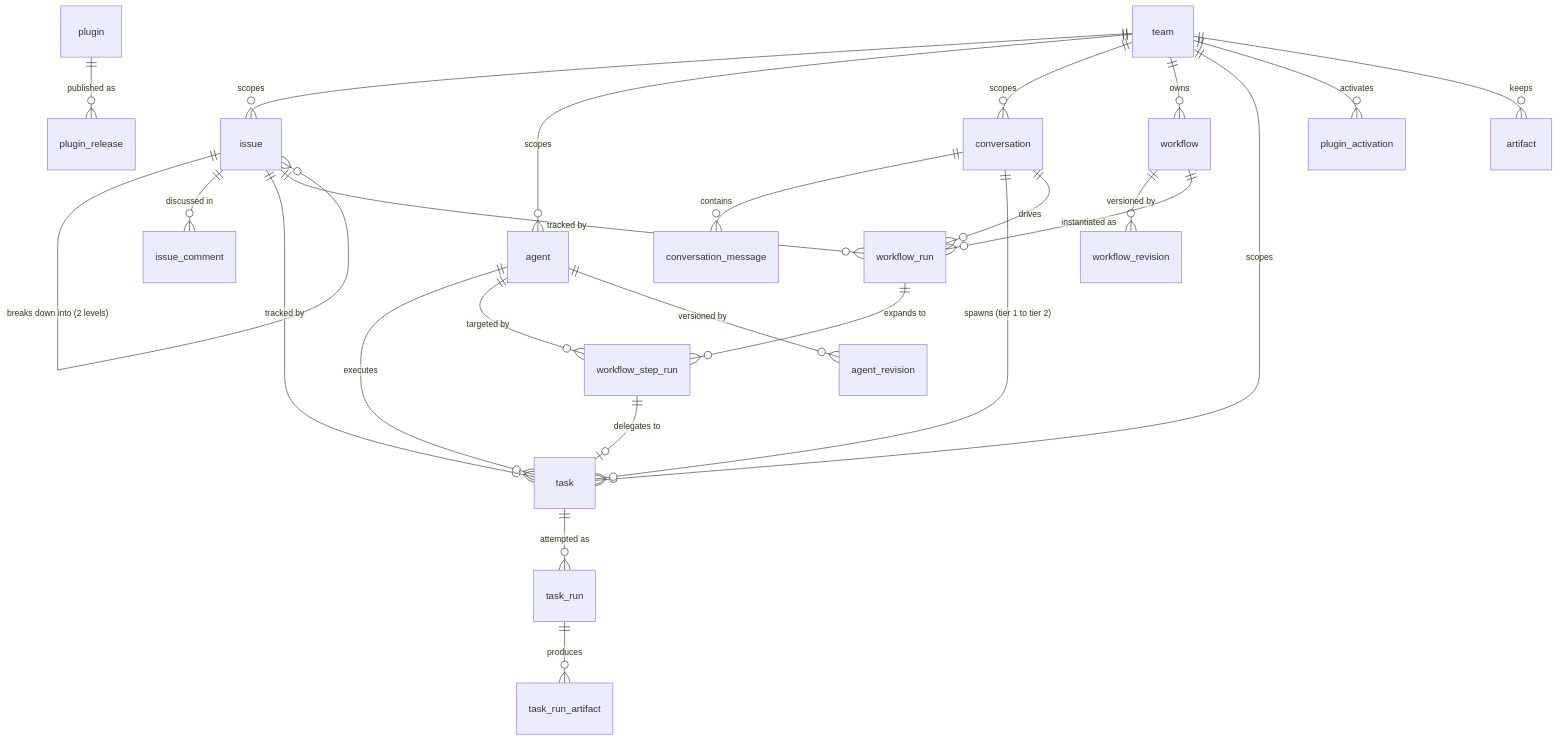
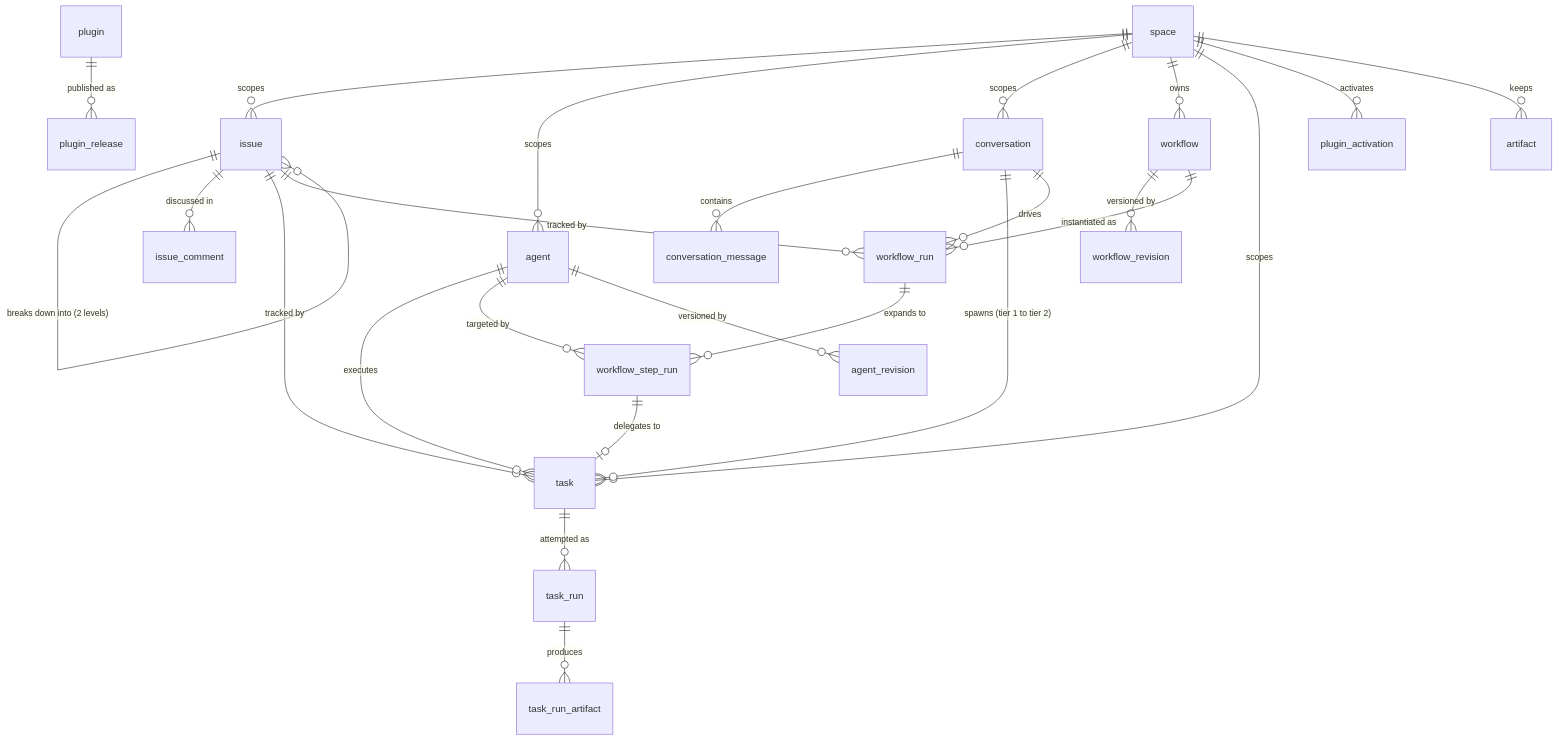
Before and after one commit to gougoujiang/buildmax: the first of 2 diagrams in docs/contribute/architecture/data-model.md, drawn with Mermaid. The commit also changed other lines of this file and 107 other files, not shown here.

First line of the commit message:
Finish the Team to Space rename in documentation and prose

````diff
--- a/docs/contribute/architecture/data-model.md
+++ b/docs/contribute/architecture/data-model.md
@@ -104,34 +104,34 @@
 ```mermaid
 erDiagram
-    team ||--o{ issue : scopes
-    team ||--o{ agent : scopes
-    team ||--o{ conversation : scopes
-    team ||--o{ workflow : owns
-    team ||--o{ task : scopes
+    space ||--o{ issue : scopes
+    space ||--o{ agent : scopes
+    space ||--o{ conversation : scopes
+    space ||--o{ workflow : owns
+    space ||--o{ task : scopes
 
     conversation ||--o{ conversation_message : contains
     conversation ||--o{ task : "spawns (tier 1 to tier 2)"
     conversation ||--o{ workflow_run : drives
 
     issue ||--o{ issue : "breaks down into (2 levels)"
     issue ||--o{ issue_comment : "discussed in"
     issue ||--o{ task : "tracked by"
     issue ||--o{ workflow_run : "tracked by"
 
     agent ||--o{ task : executes
     agent ||--o{ workflow_step_run : "targeted by"
     agent ||--o{ agent_revision : "versioned by"
     workflow ||--o{ workflow_revision : "versioned by"
 
     plugin ||--o{ plugin_release : "published as"
-    team ||--o{ plugin_activation : activates
+    space ||--o{ plugin_activation : activates
 
     task ||--o{ task_run : "attempted as"
     task_run ||--o{ task_run_artifact : produces
 
-    team ||--o{ artifact : keeps
+    space ||--o{ artifact : keeps
 
     workflow ||--o{ workflow_run : "instantiated as"
     workflow_run ||--o{ workflow_step_run : "expands to"
     workflow_step_run ||--o| task : "delegates to"
 ```
````
